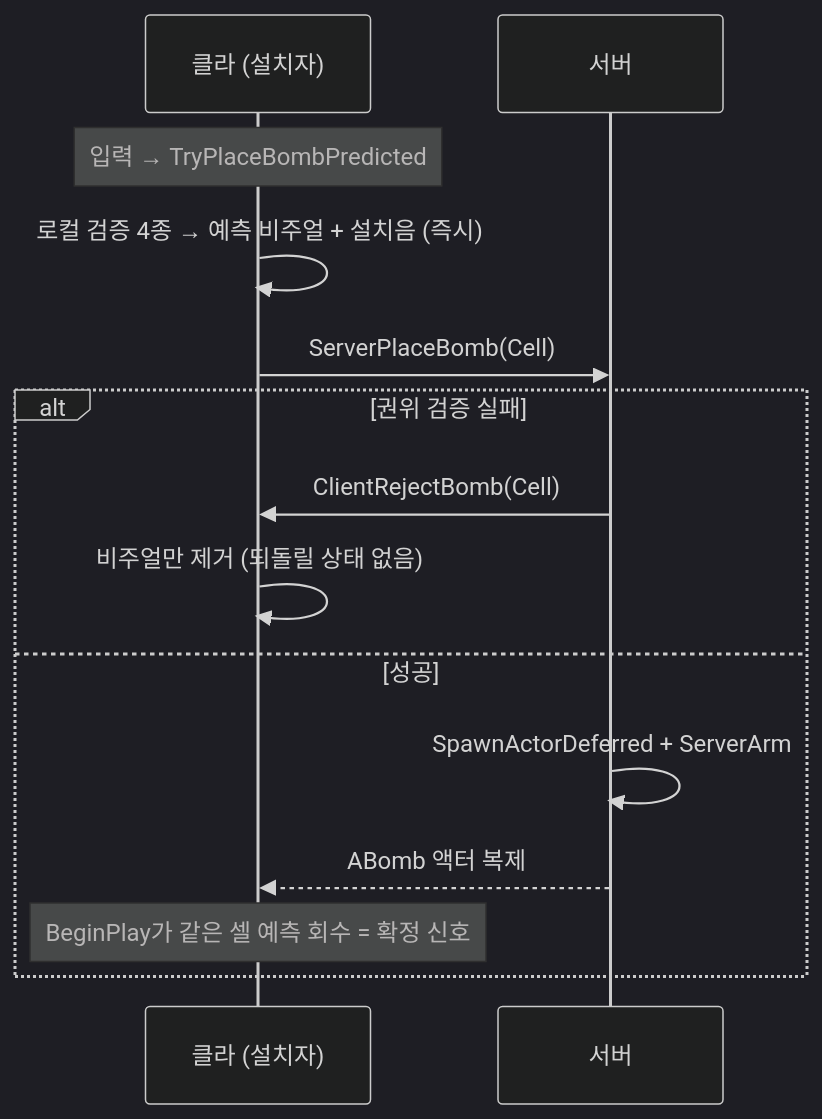
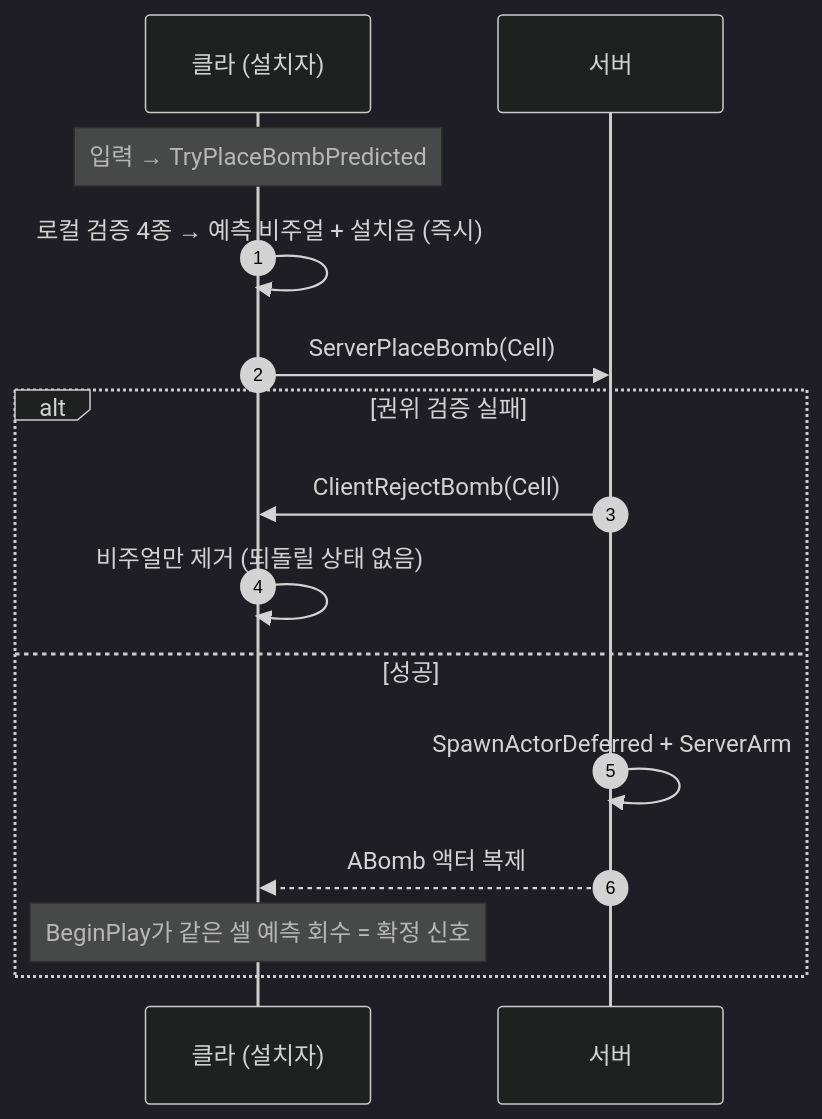
One commit to chomul/CrazyArcade_3D changed the diagram in Docs/Gameplay/Character/23-CA3DCharacter.md. Above: the diagram before and after it, drawn with Mermaid (dark theme). The commit also changed 7 other files, not shown here.

First line of the commit message:
Docs — 구조도에 진행 순서 번호 (사용자 요청)

````diff
--- a/Docs/Gameplay/Character/23-CA3DCharacter.md
+++ b/Docs/Gameplay/Character/23-CA3DCharacter.md
@@ -51,16 +51,17 @@
 ```mermaid
 sequenceDiagram
+    autonumber
     participant C as 클라 (설치자)
     participant S as 서버
     Note over C: 입력 → TryPlaceBombPredicted
     C->>C: 로컬 검증 4종 → 예측 비주얼 + 설치음 (즉시)
     C->>S: ServerPlaceBomb(Cell)
     alt 권위 검증 실패
         S->>C: ClientRejectBomb(Cell)
         C->>C: 비주얼만 제거 (되돌릴 상태 없음)
     else 성공
         S->>S: SpawnActorDeferred + ServerArm
         S-->>C: ABomb 액터 복제
         Note over C: BeginPlay가 같은 셀 예측 회수 = 확정 신호
     end
 ```
````
